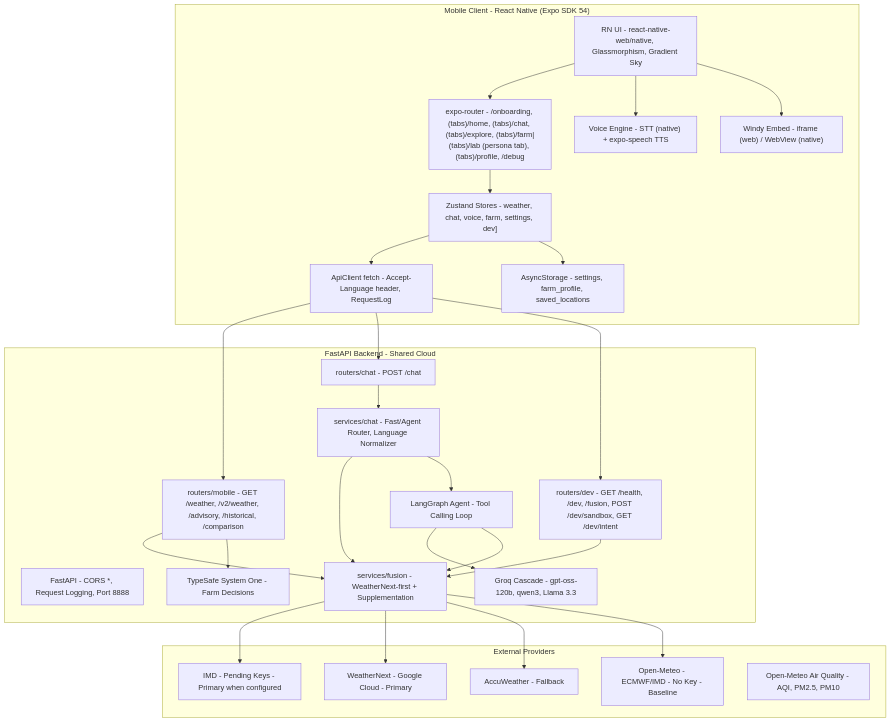
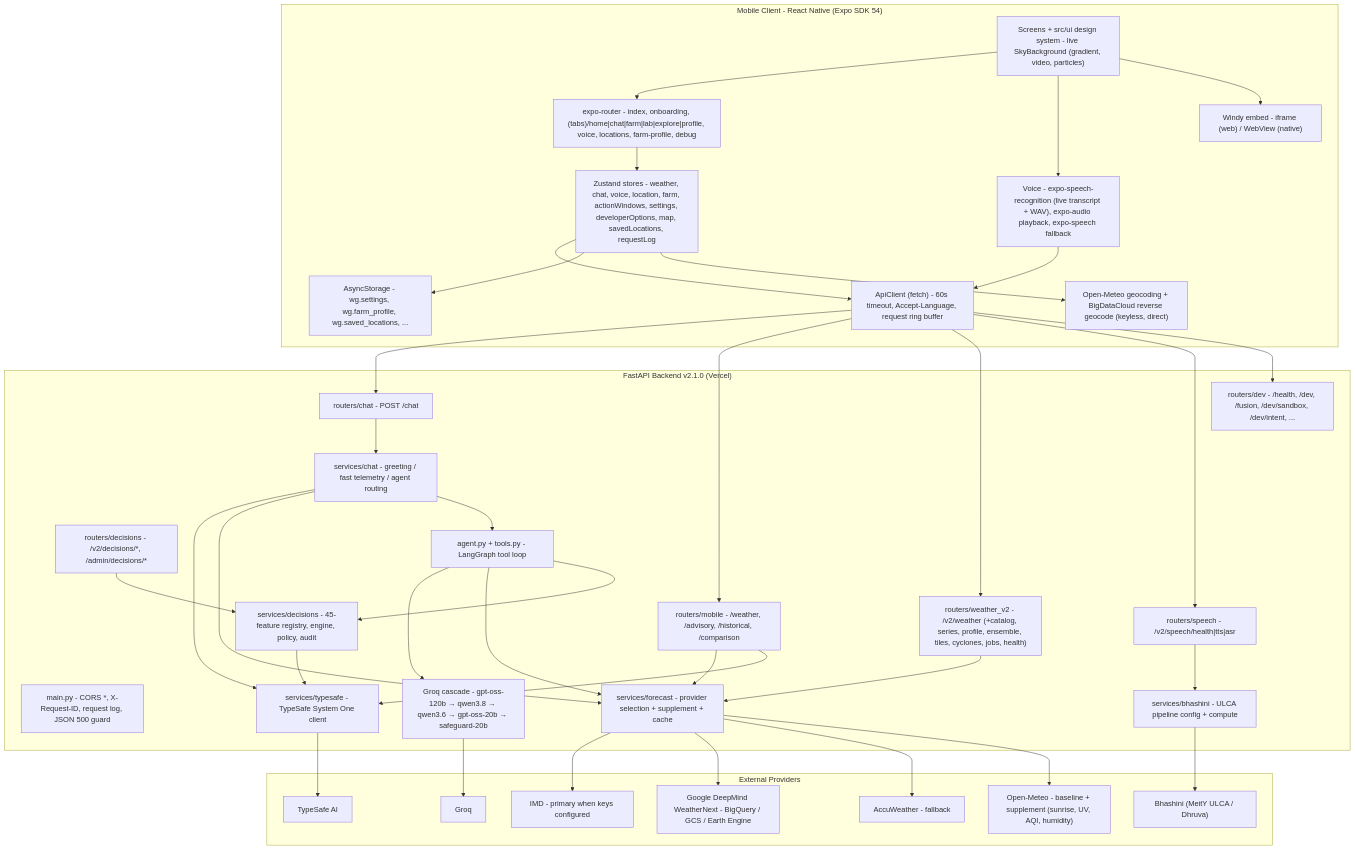
The first of 9 diagrams in ARCHITECTURE.md (omsenjalia/weathergpt-app), drawn with Mermaid before and after one commit. The commit also changed other lines of this file, not shown here.

First line of the commit message:
docs: sync ARCHITECTURE.md with current app and backend (#38)

````diff
--- a/ARCHITECTURE.md
+++ b/ARCHITECTURE.md
@@ -67,57 +68,67 @@
 ```mermaid
 graph TB
     subgraph "Mobile Client - React Native (Expo SDK 54)"
-        UI["RN UI - react-native-web/native, Glassmorphism, Gradient Sky"]
-        NAV["expo-router - /onboarding, (tabs)/home, (tabs)/chat, (tabs)/explore, (tabs)/farm|(tabs)/lab (persona tab), (tabs)/profile, /debug"]
-        STATE["Zustand Stores - weather, chat, voice, farm, settings, dev]"]
-        CLIENT["ApiClient fetch - Accept-Language header, RequestLog"]
-        CACHE["AsyncStorage - settings, farm_profile, saved_locations"]
-        VOICE["Voice Engine - STT (native) + expo-speech TTS"]
-        WEBVIEW["Windy Embed - iframe (web) / WebView (native)"]
+        UI["Screens + src/ui design system - live SkyBackground (gradient, video, particles)"]
+        NAV["expo-router - index, onboarding, (tabs)/home|chat|farm|lab|explore|profile, voice, locations, farm-profile, debug"]
+        STATE["Zustand stores - weather, chat, voice, location, farm, actionWindows, settings, developerOptions, map, savedLocations, requestLog"]
+        CLIENT["ApiClient (fetch) - 60s timeout, Accept-Language, request ring buffer"]
+        CACHE["AsyncStorage - wg.settings, wg.farm_profile, wg.saved_locations, ..."]
+        VOICE["Voice - expo-speech-recognition (live transcript + WAV), expo-audio playback, expo-speech fallback"]
+        GEO["Open-Meteo geocoding + BigDataCloud reverse geocode (keyless, direct)"]
+        WEBVIEW["Windy embed - iframe (web) / WebView (native)"]
     end
 
-    subgraph "FastAPI Backend - Shared Cloud"
-        API["FastAPI - CORS *, Request Logging, Port 8888"]
+    subgraph "FastAPI Backend v2.1.0 (Vercel)"
+        API["main.py - CORS *, X-Request-ID, request log, JSON 500 guard"]
         RCHAT["routers/chat - POST /chat"]
-        RMOB["routers/mobile - GET /weather, /v2/weather, /advisory, /historical, /comparison"]
-        RDEV["routers/dev - GET /health, /dev, /fusion, POST /dev/sandbox, GET /dev/intent"]
-        CHATSVC["services/chat - Fast/Agent Router, Language Normalizer"]
-        FUSION["services/fusion - WeatherNext-first + Supplementation"]
-        JEV["TypeSafe System One - Farm Decisions"]
-        AGT["LangGraph Agent - Tool Calling Loop"]
-        LLM["Groq Cascade - gpt-oss-120b, qwen3, Llama 3.3"]
+        RMOB["routers/mobile - /weather, /advisory, /historical, /comparison"]
+        RV2["routers/weather_v2 - /v2/weather (+catalog, series, profile, ensemble, tiles, cyclones, jobs, health)"]
+        RSPEECH["routers/speech - /v2/speech/health|tts|asr"]
+        RDEC["routers/decisions - /v2/decisions/*, /admin/decisions/*"]
+        RDEV["routers/dev - /health, /dev, /fusion, /dev/sandbox, /dev/intent, ..."]
+        CHATSVC["services/chat - greeting / fast telemetry / agent routing"]
+        FORECAST["services/forecast - provider selection + supplement + cache"]
+        DEC["services/decisions - 45-feature registry, engine, policy, audit"]
+        JEV["services/typesafe - TypeSafe System One client"]
+        AGT["agent.py + tools.py - LangGraph tool loop"]
+        LLM["Groq cascade - gpt-oss-120b → qwen3.8 → qwen3.6 → gpt-oss-20b → safeguard-20b"]
+        BH["services/bhashini - ULCA pipeline config + compute"]
     end
 
     subgraph "External Providers"
-        OM["Open-Meteo - ECMWF/IMD - No Key - Baseline"]
-        AW["AccuWeather - Fallback"]
-        WN["WeatherNext - Google Cloud - Primary"]
-        IMD["IMD - Pending Keys - Primary when configured"]
-        AQI["Open-Meteo Air Quality - AQI, PM2.5, PM10"]
+        IMD["IMD - primary when keys configured"]
+        WN["Google DeepMind WeatherNext - BigQuery / GCS / Earth Engine"]
+        AW["AccuWeather - fallback"]
+        OM["Open-Meteo - baseline + supplement (sunrise, UV, AQI, humidity)"]
+        BHX["Bhashini (MeitY ULCA / Dhruva)"]
+        TS["TypeSafe AI"]
+        GROQ["Groq"]
     end
 
-    UI --> NAV
-    NAV --> STATE
+    UI --> NAV --> STATE
     STATE --> CLIENT
     STATE --> CACHE
+    STATE --> GEO
     UI --> VOICE
     UI --> WEBVIEW
+    VOICE --> CLIENT
 
-    CLIENT --> RMOB
-    CLIENT --> RCHAT
-    CLIENT --> RDEV
+    CLIENT --> RCHAT & RMOB & RV2 & RSPEECH & RDEV
 
     RCHAT --> CHATSVC
-    CHATSVC --> FUSION
+    CHATSVC --> JEV
+    CHATSVC --> FORECAST
     CHATSVC --> AGT
-    AGT --> LLM
-    AGT --> FUSION
-    RMOB --> FUSION
+    AGT --> LLM --> GROQ
+    AGT --> FORECAST
+    AGT --> DEC
+    RMOB --> FORECAST
     RMOB --> JEV
-    RDEV --> FUSION
+    RV2 --> FORECAST
+    RDEC --> DEC
+    DEC --> JEV
+    JEV --> TS
+    RSPEECH --> BH --> BHX
 
-    FUSION --> IMD
-    FUSION --> WN
-    FUSION --> AW
-    FUSION --> OM
+    FORECAST --> IMD & WN & AW & OM
 ```
````
